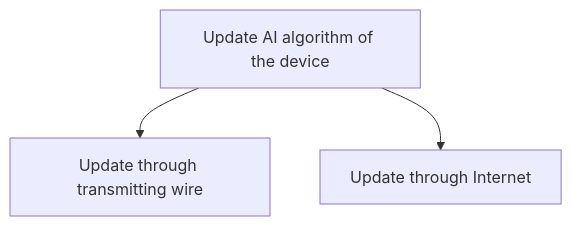
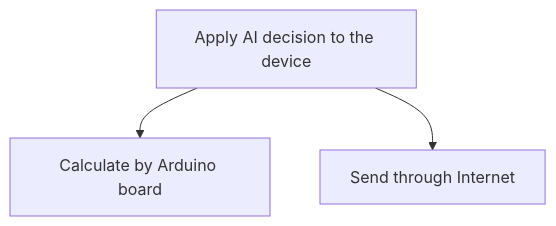
The fifth of 5 diagrams in README.md (eddylau328/fyp-artificial-intelligence-ac-control-device), drawn with Mermaid before and after one commit. The commit also changed other lines of this file, not shown here.

````diff
--- a/README.md
+++ b/README.md
@@ -57,6 +57,6 @@
 ```mermaid
 graph TD;
 
-    c4["Update AI algorithm of the device"]-->d8["Update through transmitting wire"];
-    c4-->d9["Update through Internet"];
+    c4["Apply AI decision to the device"]-->d8["Calculate by Arduino board"];
+    c4-->d9["Send through Internet"];
 ```
````
